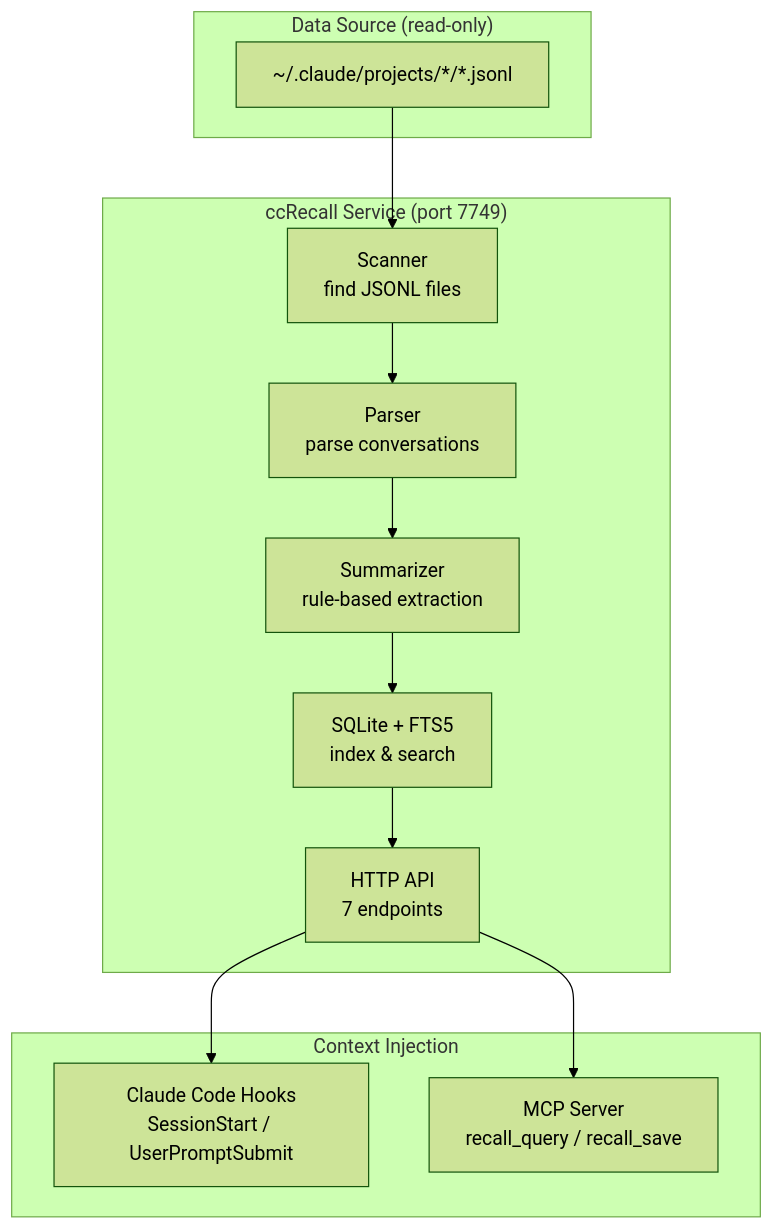
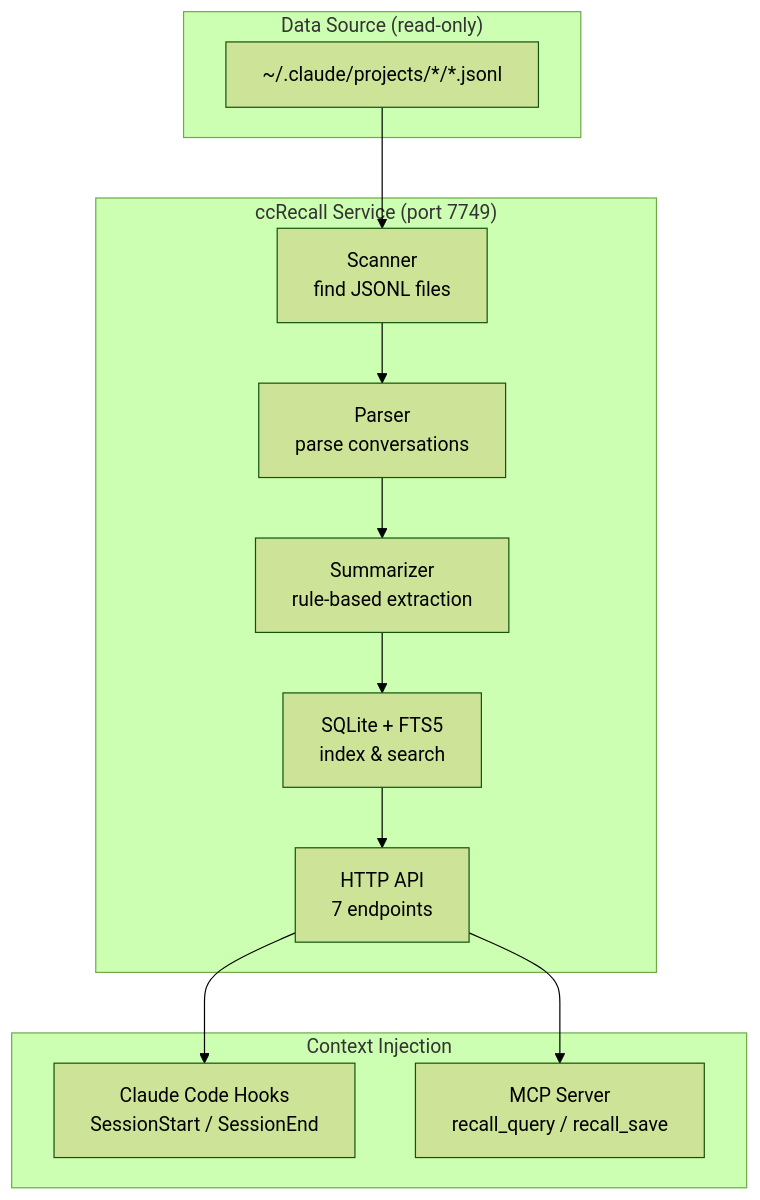
One commit to tznthou/ccRecall changed the diagram in README.md. Above: the diagram before and after it, drawn with Mermaid (forest theme). The commit also changed other lines of this file and 1 other file, not shown here.

````diff
--- a/README.md
+++ b/README.md
@@ -39,24 +39,24 @@
 ```mermaid
 flowchart TB
     subgraph Input["Data Source (read-only)"]
         JSONL["~/.claude/projects/*/*.jsonl"]
     end
 
     subgraph Core["ccRecall Service (port 7749)"]
         Scanner["Scanner<br/>find JSONL files"]
         Parser["Parser<br/>parse conversations"]
         Summarizer["Summarizer<br/>rule-based extraction"]
         DB["SQLite + FTS5<br/>index & search"]
         API["HTTP API<br/>7 endpoints"]
     end
 
     subgraph Consumers["Context Injection"]
-        Hook["Claude Code Hooks<br/>SessionStart / UserPromptSubmit"]
+        Hook["Claude Code Hooks<br/>SessionStart / SessionEnd"]
         MCP["MCP Server<br/>recall_query / recall_save"]
     end
 
     JSONL --> Scanner --> Parser --> Summarizer --> DB
     DB --> API
     API --> Hook
     API --> MCP
 ```
````
